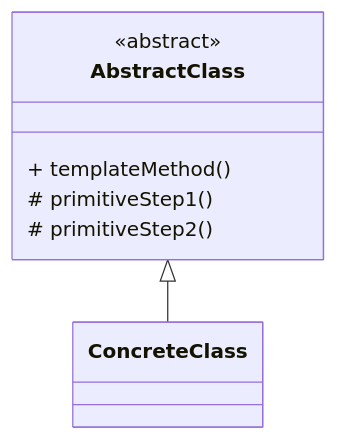
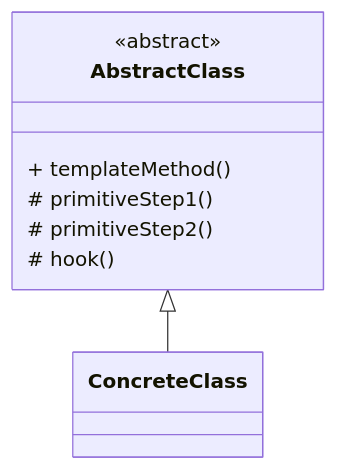
One commit to tghrxxxyyy/knowledge-base changed the diagram in 设计模式/行为型/模板方法模式.md. Above: the diagram before and after it, drawn with Mermaid. The commit also changed other lines of this file and 101 other files, not shown here.

````diff
--- a/设计模式/行为型/模板方法模式.md
+++ b/设计模式/行为型/模板方法模式.md
@@ -10,11 +13,12 @@
 ```mermaid
 classDiagram
     class AbstractClass {
         <<abstract>>
         + templateMethod()
         # primitiveStep1()
         # primitiveStep2()
+        # hook()
     }
     class ConcreteClass
     AbstractClass <|-- ConcreteClass
 ```
````
